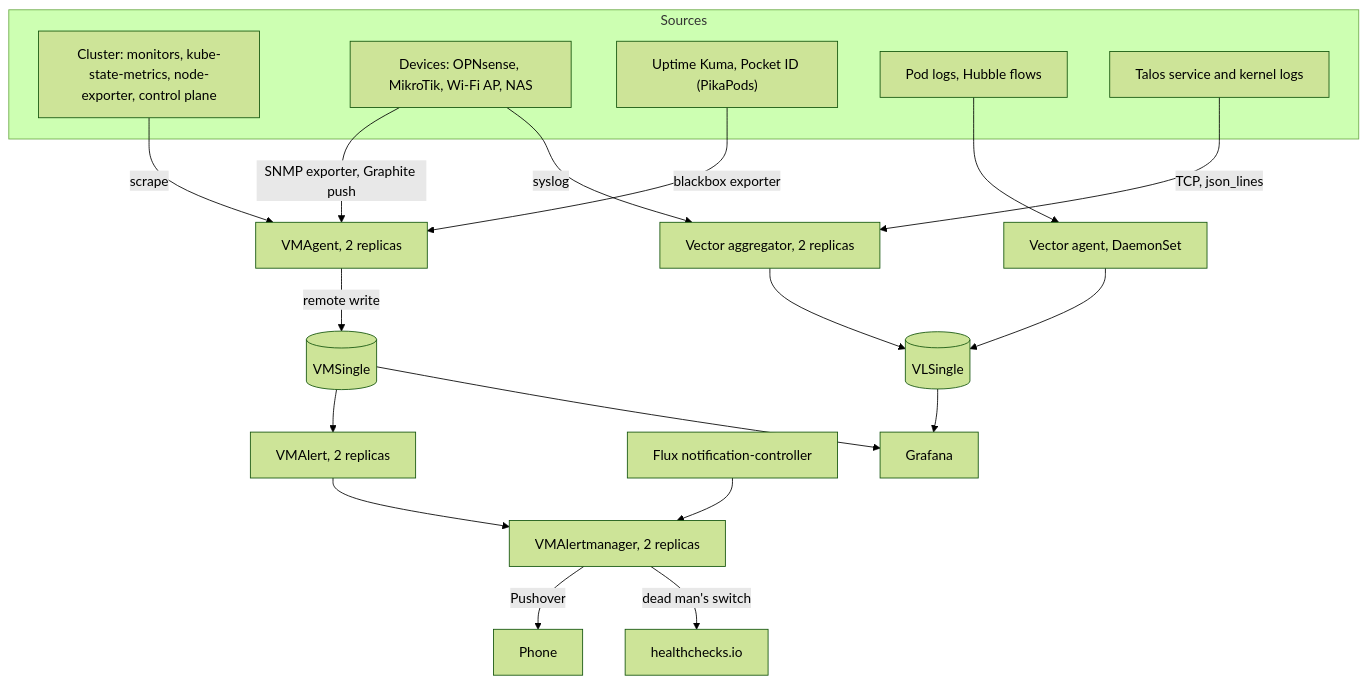
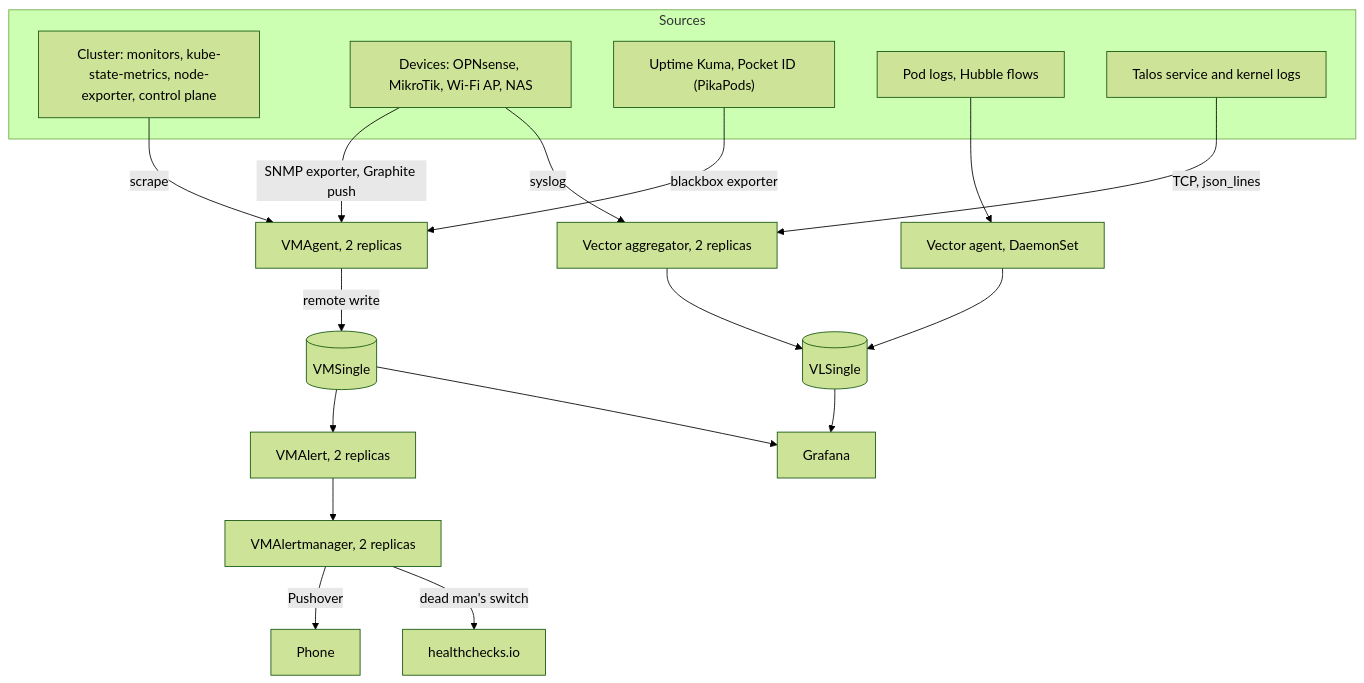
Before and after one commit to shellt0pia/infrastructure: the diagram in docs/observability/README.md, drawn with Mermaid (forest theme). The commit also changed other lines of this file and 46 other files, not shown here.

````diff
--- a/docs/observability/README.md
+++ b/docs/observability/README.md
@@ -38,26 +38,25 @@
 ```mermaid
 flowchart TD
     subgraph SRC["Sources"]
         CLU["Cluster: monitors, kube-state-metrics, node-exporter, control plane"]
         DEV["Devices: OPNsense, MikroTik, Wi-Fi AP, NAS"]
         EXT["Uptime Kuma, Pocket ID (PikaPods)"]
         LOGS["Pod logs, Hubble flows"]
         TAL["Talos service and kernel logs"]
     end
     CLU -->|scrape| VA["VMAgent, 2 replicas"]
     DEV -->|"SNMP exporter, Graphite push"| VA
     EXT -->|"blackbox exporter"| VA
     VA -->|remote write| VM[("VMSingle")]
     LOGS --> VAG["Vector agent, DaemonSet"]
     VAG --> VL[("VLSingle")]
     TAL -->|"TCP, json_lines"| VAGG["Vector aggregator, 2 replicas"]
     DEV -->|syslog| VAGG
     VAGG --> VL
     VM --> RULES["VMAlert, 2 replicas"]
     RULES --> AM["VMAlertmanager, 2 replicas"]
-    FLUX["Flux notification-controller"] --> AM
     AM -->|Pushover| PO["Phone"]
     AM -->|"dead man's switch"| HC["healthchecks.io"]
     VM --> GR["Grafana"]
     VL --> GR
 ```
````
